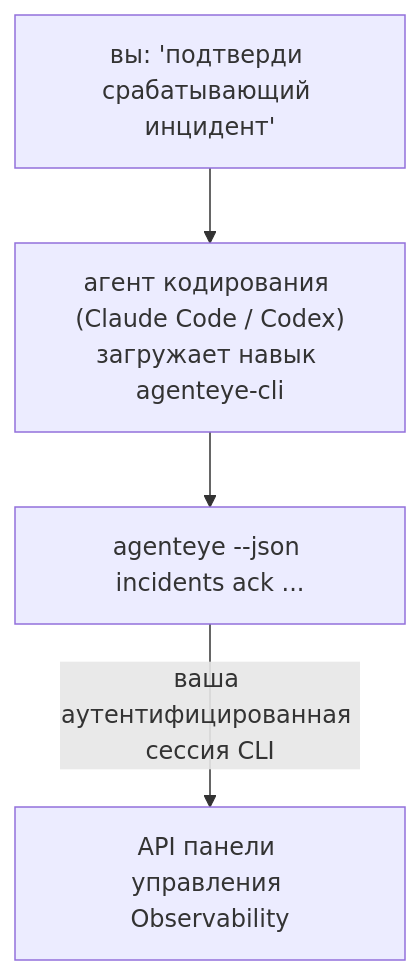
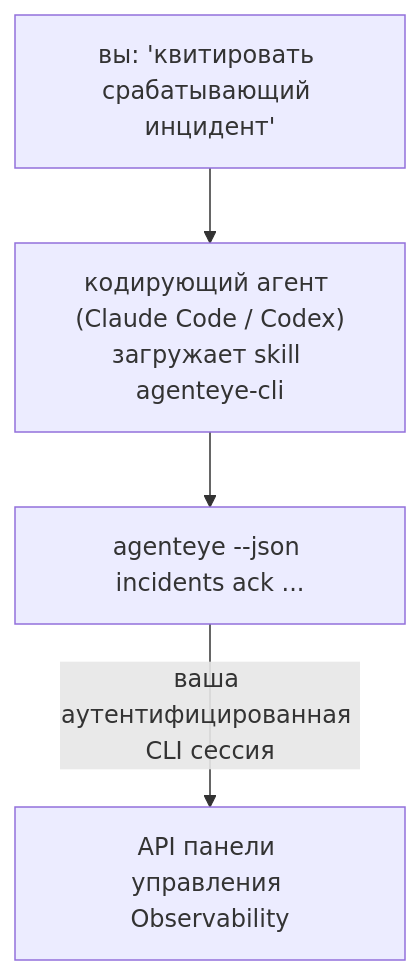
One commit to FailproofAI/failproofai changed the diagram in docs/ru/agenteye/cli-skill.mdx. Above: the diagram before and after it, drawn with Mermaid. The commit also changed other lines of this file and 654 other files, not shown here.

````diff
--- a/docs/ru/agenteye/cli-skill.mdx
+++ b/docs/ru/agenteye/cli-skill.mdx
@@ -29,6 +28,6 @@
 ```mermaid
 flowchart TD
-    YOU["вы: 'подтверди срабатывающий инцидент'"] --> AGENT["агент кодирования (Claude Code / Codex)<br/>загружает навык agenteye-cli"]
+    YOU["вы: 'квитировать срабатывающий инцидент'"] --> AGENT["кодирующий агент (Claude Code / Codex)<br/>загружает skill agenteye-cli"]
     AGENT --> CLI["agenteye --json incidents ack ..."]
-    CLI -->|ваша аутентифицированная сессия CLI| API["API панели управления Observability"]
+    CLI -->|ваша аутентифицированная CLI сессия| API["API панели управления Observability"]
 ```
````
